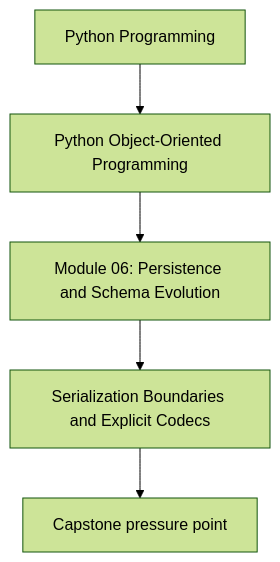
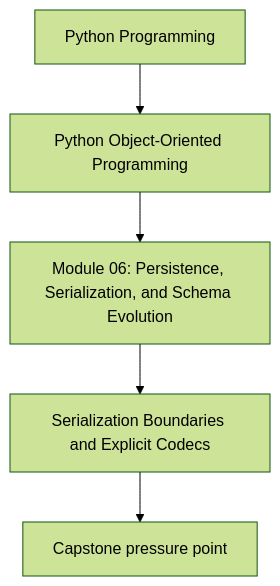
The first of 2 diagrams in programs/python-programming/python-object-oriented-programming/course-book/module-06-persistence-and-schema-evolution/serialization-boundaries-and-explicit-codecs.md (bijux/bijux-masterclass), drawn with Mermaid (forest theme) before and after one commit. The commit also changed 241 other files, not shown here.

````diff
--- a/programs/python-programming/python-object-oriented-programming/course-book/module-06-persistence-and-schema-evolution/serialization-boundaries-and-explicit-codecs.md
+++ b/programs/python-programming/python-object-oriented-programming/course-book/module-06-persistence-and-schema-evolution/serialization-boundaries-and-explicit-codecs.md
@@ -7,7 +7,7 @@
 ```mermaid
 flowchart TD
   family["Python Programming"] --> program["Python Object-Oriented Programming"]
-  program --> module["Module 06: Persistence and Schema Evolution"]
+  program --> module["Module 06: Persistence, Serialization, and Schema Evolution"]
   module --> concept["Serialization Boundaries and Explicit Codecs"]
   concept --> capstone["Capstone pressure point"]
 ```
````
